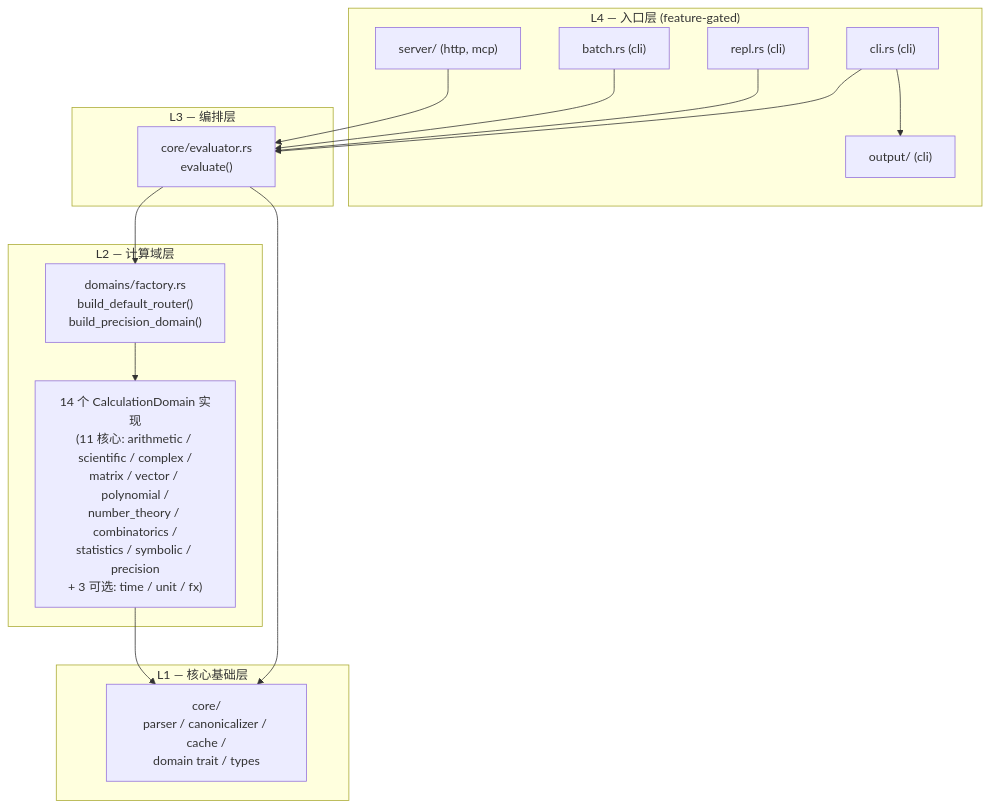
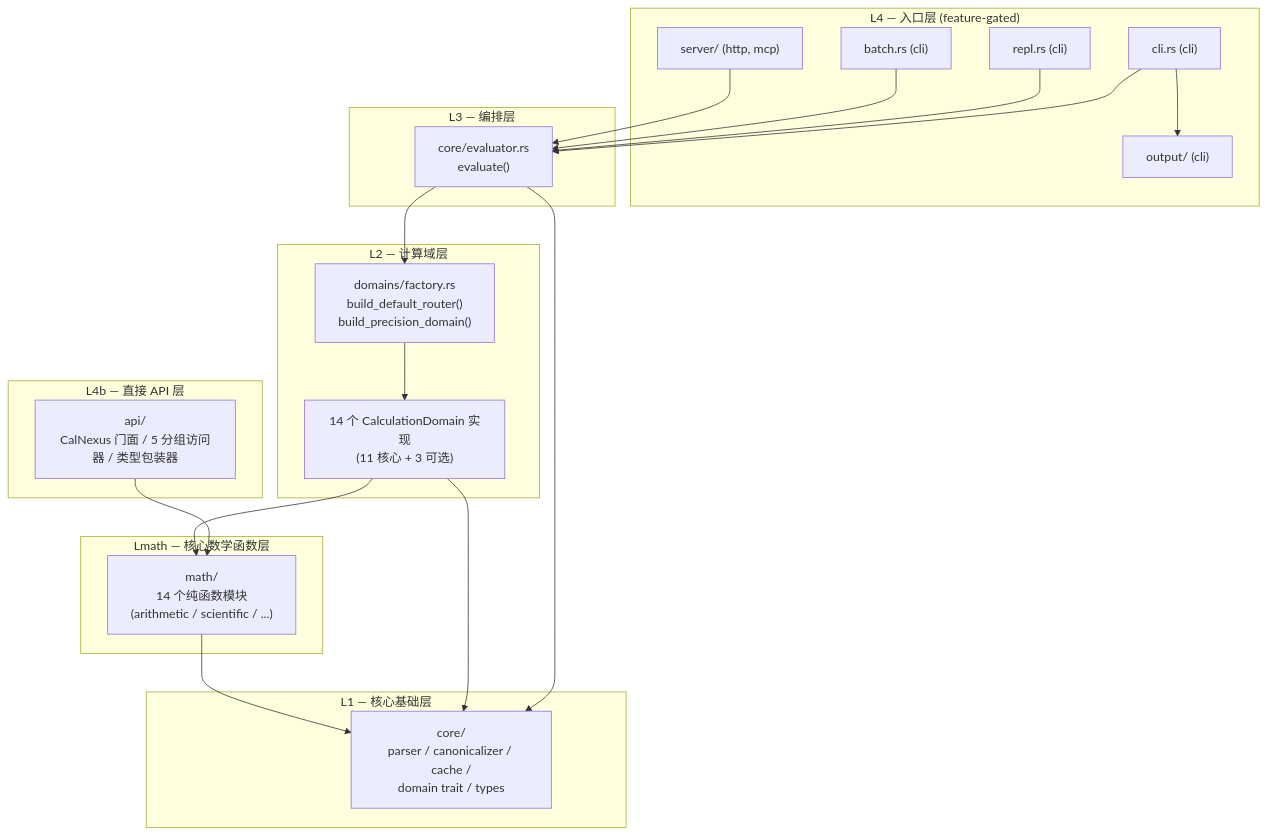
Before and after one commit to Kirky-X/calnexus: the first of 5 diagrams in docs/ARCHITECTURE.md, drawn with Mermaid. The commit also changed other lines of this file and 1 other file, not shown here.

First line of the commit message:
docs: 架构文档更新 + API 使用指南

````diff
--- a/docs/ARCHITECTURE.md
+++ b/docs/ARCHITECTURE.md
@@ -10,33 +10,44 @@
 ```mermaid
 flowchart TD
+    subgraph L4b["L4b — 直接 API 层"]
+        API["api/<br/>CalNexus 门面 / 5 分组访问器 / 类型包装器"]
+    end
+
     subgraph L4["L4 — 入口层 (feature-gated)"]
         CLI["cli.rs (cli)"]
         REPL["repl.rs (cli)"]
         BATCH["batch.rs (cli)"]
         SERVER["server/ (http, mcp)"]
         OUTPUT["output/ (cli)"]
     end
 
     subgraph L3["L3 — 编排层"]
         EVAL["core/evaluator.rs<br/>evaluate()"]
     end
 
     subgraph L2["L2 — 计算域层"]
         FACTORY["domains/factory.rs<br/>build_default_router()<br/>build_precision_domain()"]
-        DOMAINS["14 个 CalculationDomain 实现<br/>(11 核心: arithmetic / scientific / complex /<br/>matrix / vector / polynomial /<br/>number_theory / combinatorics /<br/>statistics / symbolic / precision<br/>+ 3 可选: time / unit / fx)"]
+        DOMAINS["14 个 CalculationDomain 实现<br/>(11 核心 + 3 可选)"]
+    end
+
+    subgraph Lmath["Lmath — 核心数学函数层"]
+        MATH["math/<br/>14 个纯函数模块<br/>(arithmetic / scientific / ...)"]
     end
 
     subgraph L1["L1 — 核心基础层"]
         CORE["core/<br/>parser / canonicalizer / cache /<br/>domain trait / types"]
     end
 
+    API --> MATH
     CLI --> EVAL
     REPL --> EVAL
     BATCH --> EVAL
     SERVER --> EVAL
     CLI --> OUTPUT
     EVAL --> FACTORY
     EVAL --> CORE
     FACTORY --> DOMAINS
+    DOMAINS --> MATH
     DOMAINS --> CORE
+    MATH --> CORE
 ```
````
